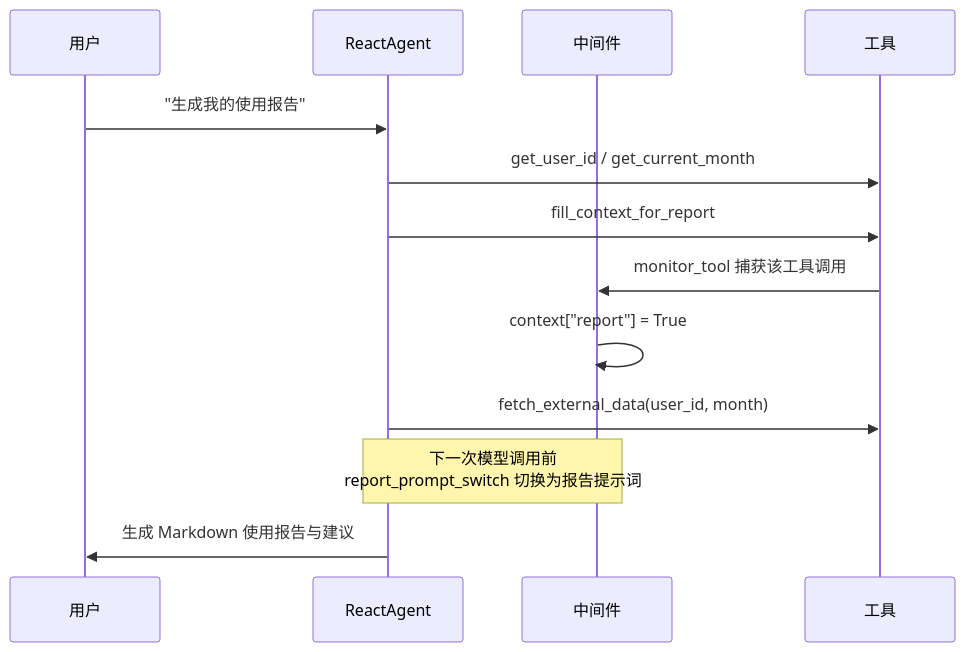
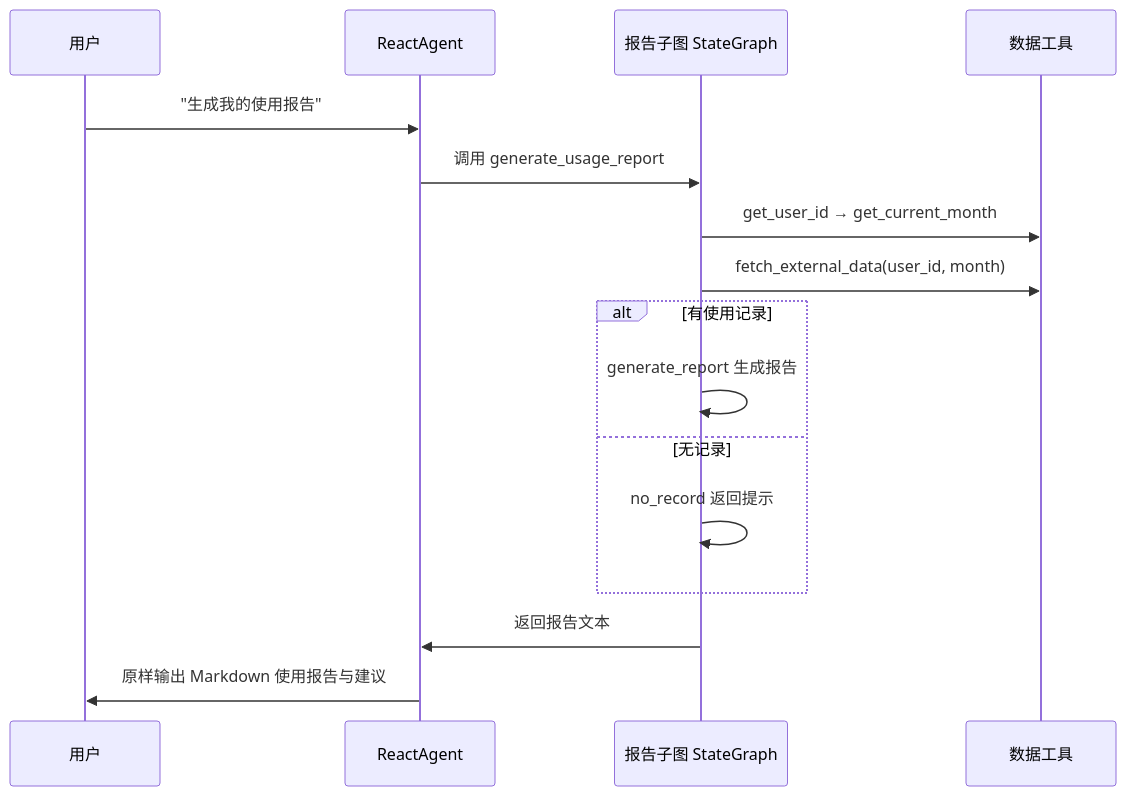
One commit to MackMeng/robot-vacuum-customer-service changed the second of 2 diagrams in README.md. Above: the diagram before and after it, drawn with Mermaid. The commit also changed other lines of this file and 16 other files, not shown here.

````diff
--- a/README.md
+++ b/README.md
@@ -56,15 +67,18 @@
 ```mermaid
 sequenceDiagram
     participant U as 用户
     participant A as ReactAgent
-    participant M as 中间件
-    participant T as 工具
+    participant G as 报告子图 StateGraph
+    participant T as 数据工具
     U->>A: "生成我的使用报告"
-    A->>T: get_user_id / get_current_month
-    A->>T: fill_context_for_report
-    T->>M: monitor_tool 捕获该工具调用
-    M->>M: context["report"] = True
-    A->>T: fetch_external_data(user_id, month)
-    Note over A,M: 下一次模型调用前<br/>report_prompt_switch 切换为报告提示词
-    A->>U: 生成 Markdown 使用报告与建议
+    A->>G: 调用 generate_usage_report
+    G->>T: get_user_id → get_current_month
+    G->>T: fetch_external_data(user_id, month)
+    alt 有使用记录
+        G->>G: generate_report 生成报告
+    else 无记录
+        G->>G: no_record 返回提示
+    end
+    G->>A: 返回报告文本
+    A->>U: 原样输出 Markdown 使用报告与建议
 ```
````
